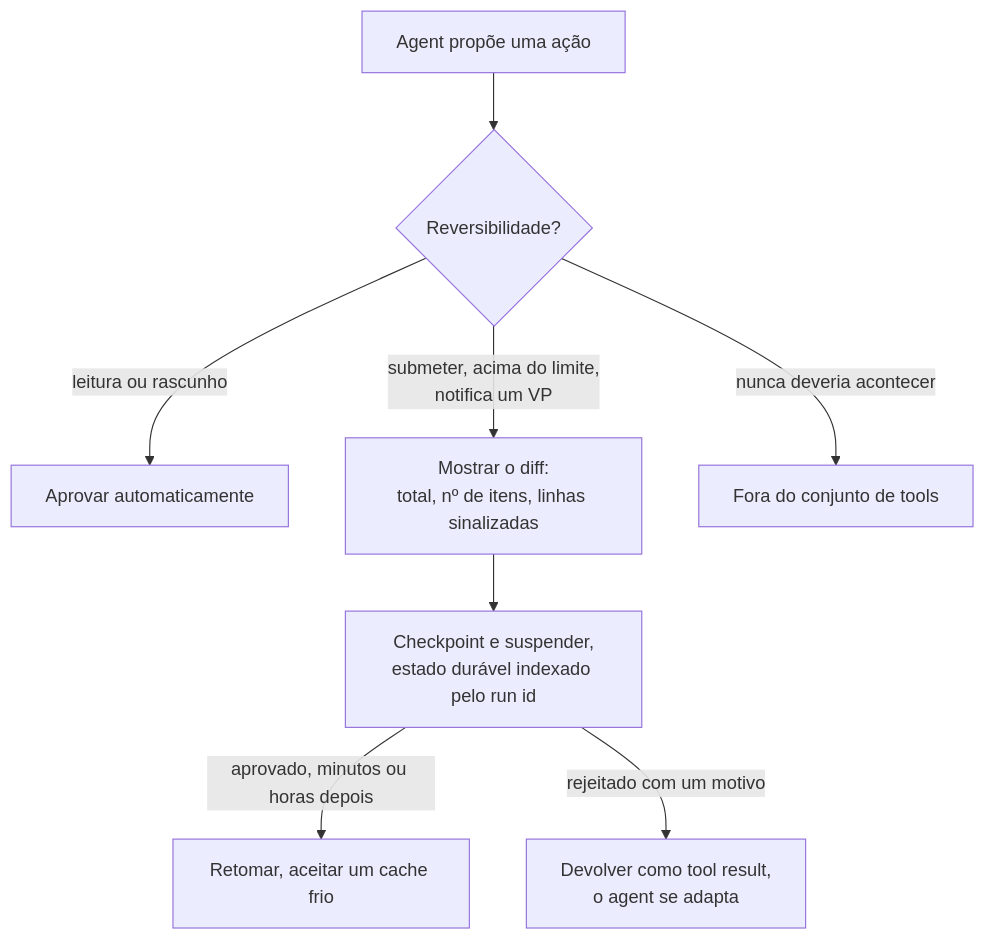
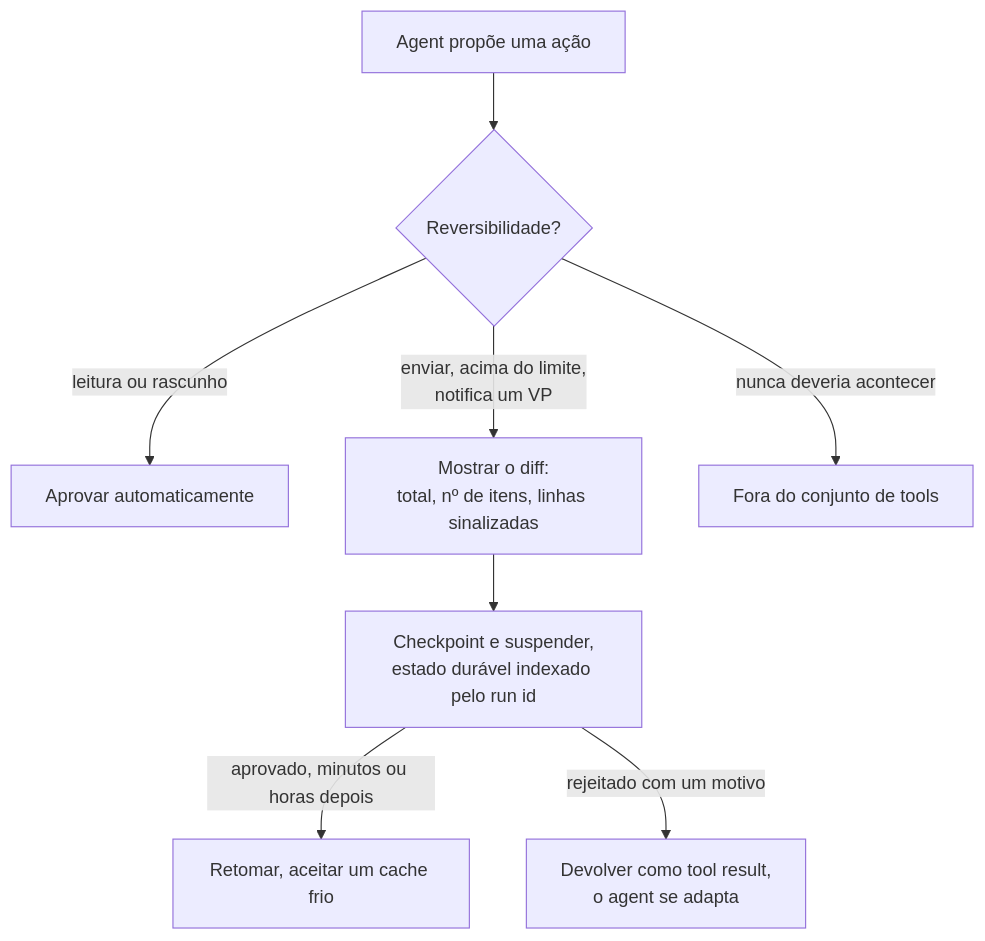
Before and after one commit to andrevberaldo/AI-Engineer-Interview-Questions: diagram 20 of 34 in 06-agents-and-tool-use/questions.pt-BR.md, drawn with Mermaid. The commit also changed other lines of this file and 1 other file, not shown here.

````diff
--- a/06-agents-and-tool-use/questions.pt-BR.md
+++ b/06-agents-and-tool-use/questions.pt-BR.md
@@ -1050,10 +1050,10 @@
 ```mermaid
 flowchart TD
     A["Agent propõe uma ação"] --> B{"Reversibilidade?"}
     B -->|"leitura ou rascunho"| C["Aprovar automaticamente"]
-    B -->|"submeter, acima do limite,<br/>notifica um VP"| D["Mostrar o diff:<br/>total, nº de itens, linhas sinalizadas"]
+    B -->|"enviar, acima do limite,<br/>notifica um VP"| D["Mostrar o diff:<br/>total, nº de itens, linhas sinalizadas"]
     B -->|"nunca deveria acontecer"| E["Fora do conjunto de tools"]
     D --> F["Checkpoint e suspender,<br/>estado durável indexado pelo run id"]
     F -->|"aprovado, minutos ou horas depois"| G["Retomar, aceitar um cache frio"]
     F -->|"rejeitado com um motivo"| H["Devolver como tool result,<br/>o agent se adapta"]
 ```
````
